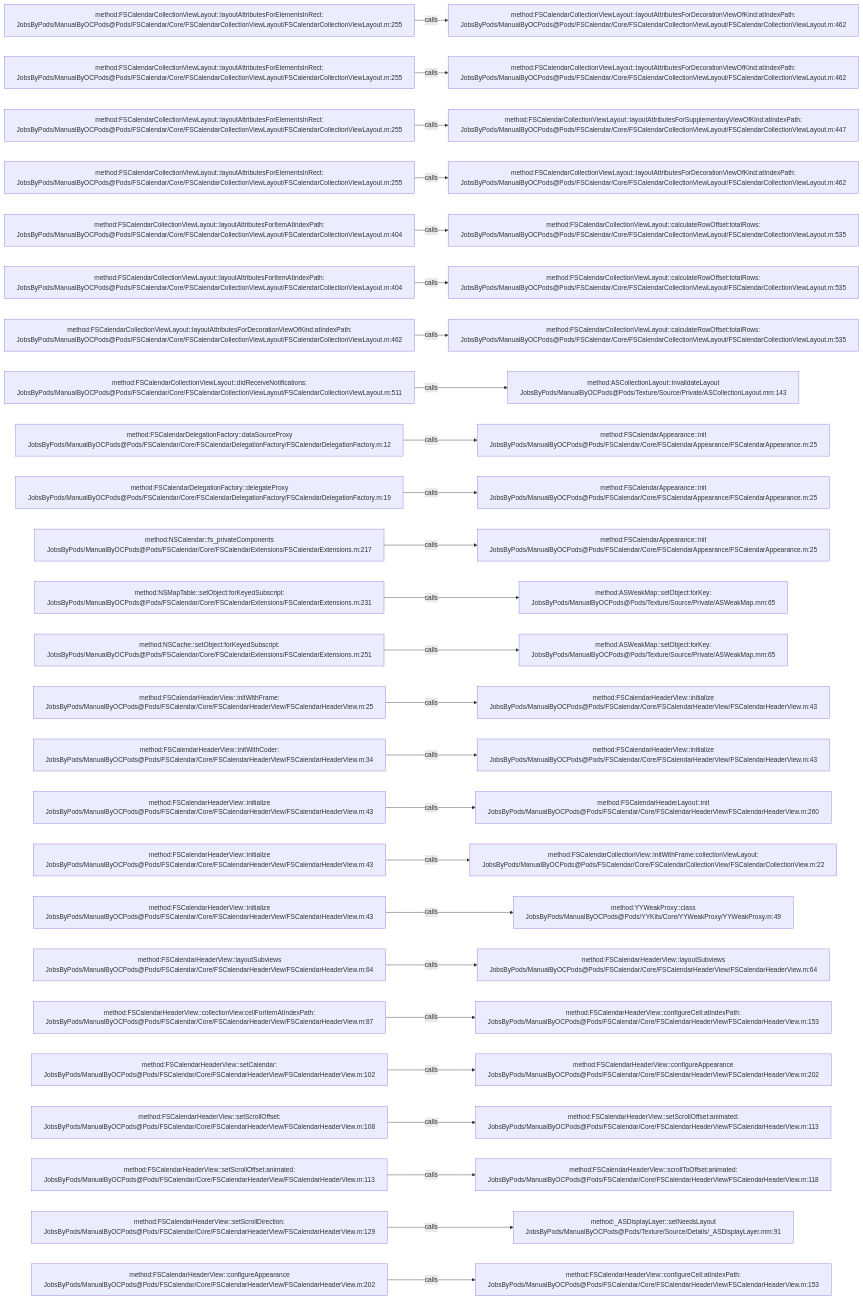
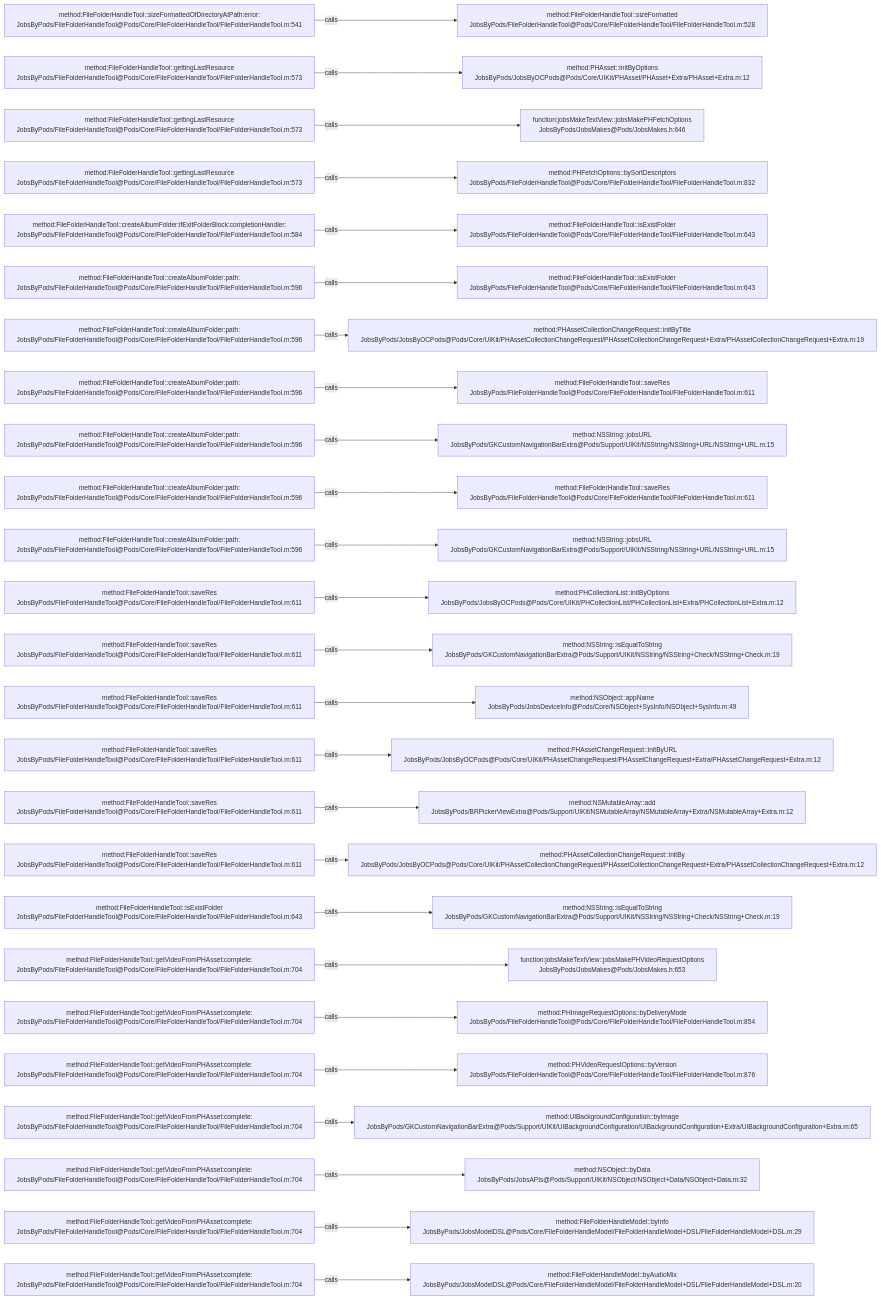
Before and after one commit to JobsKits/JobsOCBaseConfigDemo: the diagram in .codegraph/codegraph.md/graphs/calls-008.md, drawn with Mermaid. The commit also changed 768 other files, not shown here.

````diff
--- a/.codegraph/codegraph.md/graphs/calls-008.md
+++ b/.codegraph/codegraph.md/graphs/calls-008.md
@@ -13,78 +13,78 @@
 ```mermaid
 flowchart LR
-  S1["method:FSCalendarCollectionViewLayout::layoutAttributesForElementsInRect:<br/>JobsByPods/ManualByOCPods@Pods/FSCalendar/Core/FSCalendarCollectionViewLayout/FSCalendarCollectionViewLayout.m:255"]
-  T1["method:FSCalendarCollectionViewLayout::layoutAttributesForDecorationViewOfKind:atIndexPath:<br/>JobsByPods/ManualByOCPods@Pods/FSCalendar/Core/FSCalendarCollectionViewLayout/FSCalendarCollectionViewLayout.m:462"]
+  S1["method:FileFolderHandleTool::sizeFormattedOfDirectoryAtPath:error:<br/>JobsByPods/FileFolderHandleTool@Pods/Core/FileFolderHandleTool/FileFolderHandleTool.m:541"]
+  T1["method:FileFolderHandleTool::sizeFormatted<br/>JobsByPods/FileFolderHandleTool@Pods/Core/FileFolderHandleTool/FileFolderHandleTool.m:528"]
   S1 -->|calls| T1
-  S2["method:FSCalendarCollectionViewLayout::layoutAttributesForElementsInRect:<br/>JobsByPods/ManualByOCPods@Pods/FSCalendar/Core/FSCalendarCollectionViewLayout/FSCalendarCollectionViewLayout.m:255"]
-  T2["method:FSCalendarCollectionViewLayout::layoutAttributesForDecorationViewOfKind:atIndexPath:<br/>JobsByPods/ManualByOCPods@Pods/FSCalendar/Core/FSCalendarCollectionViewLayout/FSCalendarCollectionViewLayout.m:462"]
+  S2["method:FileFolderHandleTool::gettingLastResource<br/>JobsByPods/FileFolderHandleTool@Pods/Core/FileFolderHandleTool/FileFolderHandleTool.m:573"]
+  T2["method:PHAsset::initByOptions<br/>JobsByPods/JobsByOCPods@Pods/Core/UIKit/PHAsset/PHAsset+Extra/PHAsset+Extra.m:12"]
   S2 -->|calls| T2
-  S3["method:FSCalendarCollectionViewLayout::layoutAttributesForElementsInRect:<br/>JobsByPods/ManualByOCPods@Pods/FSCalendar/Core/FSCalendarCollectionViewLayout/FSCalendarCollectionViewLayout.m:255"]
-  T3["method:FSCalendarCollectionViewLayout::layoutAttributesForSupplementaryViewOfKind:atIndexPath:<br/>JobsByPods/ManualByOCPods@Pods/FSCalendar/Core/FSCalendarCollectionViewLayout/FSCalendarCollectionViewLayout.m:447"]
+  S3["method:FileFolderHandleTool::gettingLastResource<br/>JobsByPods/FileFolderHandleTool@Pods/Core/FileFolderHandleTool/FileFolderHandleTool.m:573"]
+  T3["function:jobsMakeTextView::jobsMakePHFetchOptions<br/>JobsByPods/JobsMakes@Pods/JobsMakes.h:646"]
   S3 -->|calls| T3
-  S4["method:FSCalendarCollectionViewLayout::layoutAttributesForElementsInRect:<br/>JobsByPods/ManualByOCPods@Pods/FSCalendar/Core/FSCalendarCollectionViewLayout/FSCalendarCollectionViewLayout.m:255"]
-  T4["method:FSCalendarCollectionViewLayout::layoutAttributesForDecorationViewOfKind:atIndexPath:<br/>JobsByPods/ManualByOCPods@Pods/FSCalendar/Core/FSCalendarCollectionViewLayout/FSCalendarCollectionViewLayout.m:462"]
+  S4["method:FileFolderHandleTool::gettingLastResource<br/>JobsByPods/FileFolderHandleTool@Pods/Core/FileFolderHandleTool/FileFolderHandleTool.m:573"]
+  T4["method:PHFetchOptions::bySortDescriptors<br/>JobsByPods/FileFolderHandleTool@Pods/Core/FileFolderHandleTool/FileFolderHandleTool.m:832"]
   S4 -->|calls| T4
-  S5["method:FSCalendarCollectionViewLayout::layoutAttributesForItemAtIndexPath:<br/>JobsByPods/ManualByOCPods@Pods/FSCalendar/Core/FSCalendarCollectionViewLayout/FSCalendarCollectionViewLayout.m:404"]
-  T5["method:FSCalendarCollectionViewLayout::calculateRowOffset:totalRows:<br/>JobsByPods/ManualByOCPods@Pods/FSCalendar/Core/FSCalendarCollectionViewLayout/FSCalendarCollectionViewLayout.m:535"]
+  S5["method:FileFolderHandleTool::createAlbumFolder:ifExitFolderBlock:completionHandler:<br/>JobsByPods/FileFolderHandleTool@Pods/Core/FileFolderHandleTool/FileFolderHandleTool.m:584"]
+  T5["method:FileFolderHandleTool::isExistFolder<br/>JobsByPods/FileFolderHandleTool@Pods/Core/FileFolderHandleTool/FileFolderHandleTool.m:643"]
   S5 -->|calls| T5
-  S6["method:FSCalendarCollectionViewLayout::layoutAttributesForItemAtIndexPath:<br/>JobsByPods/ManualByOCPods@Pods/FSCalendar/Core/FSCalendarCollectionViewLayout/FSCalendarCollectionViewLayout.m:404"]
-  T6["method:FSCalendarCollectionViewLayout::calculateRowOffset:totalRows:<br/>JobsByPods/ManualByOCPods@Pods/FSCalendar/Core/FSCalendarCollectionViewLayout/FSCalendarCollectionViewLayout.m:535"]
+  S6["method:FileFolderHandleTool::createAlbumFolder:path:<br/>JobsByPods/FileFolderHandleTool@Pods/Core/FileFolderHandleTool/FileFolderHandleTool.m:596"]
+  T6["method:FileFolderHandleTool::isExistFolder<br/>JobsByPods/FileFolderHandleTool@Pods/Core/FileFolderHandleTool/FileFolderHandleTool.m:643"]
   S6 -->|calls| T6
-  S7["method:FSCalendarCollectionViewLayout::layoutAttributesForDecorationViewOfKind:atIndexPath:<br/>JobsByPods/ManualByOCPods@Pods/FSCalendar/Core/FSCalendarCollectionViewLayout/FSCalendarCollectionViewLayout.m:462"]
-  T7["method:FSCalendarCollectionViewLayout::calculateRowOffset:totalRows:<br/>JobsByPods/ManualByOCPods@Pods/FSCalendar/Core/FSCalendarCollectionViewLayout/FSCalendarCollectionViewLayout.m:535"]
+  S7["method:FileFolderHandleTool::createAlbumFolder:path:<br/>JobsByPods/FileFolderHandleTool@Pods/Core/FileFolderHandleTool/FileFolderHandleTool.m:596"]
+  T7["method:PHAssetCollectionChangeRequest::initByTitle<br/>JobsByPods/JobsByOCPods@Pods/Core/UIKit/PHAssetCollectionChangeRequest/PHAssetCollectionChangeRequest+Extra/PHAssetCollectionChangeRequest+Extra.m:19"]
   S7 -->|calls| T7
-  S8["method:FSCalendarCollectionViewLayout::didReceiveNotifications:<br/>JobsByPods/ManualByOCPods@Pods/FSCalendar/Core/FSCalendarCollectionViewLayout/FSCalendarCollectionViewLayout.m:511"]
-  T8["method:ASCollectionLayout::invalidateLayout<br/>JobsByPods/ManualByOCPods@Pods/Texture/Source/Private/ASCollectionLayout.mm:143"]
+  S8["method:FileFolderHandleTool::createAlbumFolder:path:<br/>JobsByPods/FileFolderHandleTool@Pods/Core/FileFolderHandleTool/FileFolderHandleTool.m:596"]
+  T8["method:FileFolderHandleTool::saveRes<br/>JobsByPods/FileFolderHandleTool@Pods/Core/FileFolderHandleTool/FileFolderHandleTool.m:611"]
   S8 -->|calls| T8
-  S9["method:FSCalendarDelegationFactory::dataSourceProxy<br/>JobsByPods/ManualByOCPods@Pods/FSCalendar/Core/FSCalendarDelegationFactory/FSCalendarDelegationFactory.m:12"]
-  T9["method:FSCalendarAppearance::init<br/>JobsByPods/ManualByOCPods@Pods/FSCalendar/Core/FSCalendarAppearance/FSCalendarAppearance.m:25"]
+  S9["method:FileFolderHandleTool::createAlbumFolder:path:<br/>JobsByPods/FileFolderHandleTool@Pods/Core/FileFolderHandleTool/FileFolderHandleTool.m:596"]
+  T9["method:NSString::jobsURL<br/>JobsByPods/GKCustomNavigationBarExtra@Pods/Support/UIKit/NSString/NSString+URL/NSString+URL.m:15"]
   S9 -->|calls| T9
-  S10["method:FSCalendarDelegationFactory::delegateProxy<br/>JobsByPods/ManualByOCPods@Pods/FSCalendar/Core/FSCalendarDelegationFactory/FSCalendarDelegationFactory.m:19"]
-  T10["method:FSCalendarAppearance::init<br/>JobsByPods/ManualByOCPods@Pods/FSCalendar/Core/FSCalendarAppearance/FSCalendarAppearance.m:25"]
+  S10["method:FileFolderHandleTool::createAlbumFolder:path:<br/>JobsByPods/FileFolderHandleTool@Pods/Core/FileFolderHandleTool/FileFolderHandleTool.m:596"]
+  T10["method:FileFolderHandleTool::saveRes<br/>JobsByPods/FileFolderHandleTool@Pods/Core/FileFolderHandleTool/FileFolderHandleTool.m:611"]
   S10 -->|calls| T10
-  S11["method:NSCalendar::fs_privateComponents<br/>JobsByPods/ManualByOCPods@Pods/FSCalendar/Core/FSCalendarExtensions/FSCalendarExtensions.m:217"]
-  T11["method:FSCalendarAppearance::init<br/>JobsByPods/ManualByOCPods@Pods/FSCalendar/Core/FSCalendarAppearance/FSCalendarAppearance.m:25"]
+  S11["method:FileFolderHandleTool::createAlbumFolder:path:<br/>JobsByPods/FileFolderHandleTool@Pods/Core/FileFolderHandleTool/FileFolderHandleTool.m:596"]
+  T11["method:NSString::jobsURL<br/>JobsByPods/GKCustomNavigationBarExtra@Pods/Support/UIKit/NSString/NSString+URL/NSString+URL.m:15"]
   S11 -->|calls| T11
-  S12["method:NSMapTable::setObject:forKeyedSubscript:<br/>JobsByPods/ManualByOCPods@Pods/FSCalendar/Core/FSCalendarExtensions/FSCalendarExtensions.m:231"]
-  T12["method:ASWeakMap::setObject:forKey:<br/>JobsByPods/ManualByOCPods@Pods/Texture/Source/Private/ASWeakMap.mm:65"]
+  S12["method:FileFolderHandleTool::saveRes<br/>JobsByPods/FileFolderHandleTool@Pods/Core/FileFolderHandleTool/FileFolderHandleTool.m:611"]
+  T12["method:PHCollectionList::initByOptions<br/>JobsByPods/JobsByOCPods@Pods/Core/UIKit/PHCollectionList/PHCollectionList+Extra/PHCollectionList+Extra.m:12"]
   S12 -->|calls| T12
-  S13["method:NSCache::setObject:forKeyedSubscript:<br/>JobsByPods/ManualByOCPods@Pods/FSCalendar/Core/FSCalendarExtensions/FSCalendarExtensions.m:251"]
-  T13["method:ASWeakMap::setObject:forKey:<br/>JobsByPods/ManualByOCPods@Pods/Texture/Source/Private/ASWeakMap.mm:65"]
+  S13["method:FileFolderHandleTool::saveRes<br/>JobsByPods/FileFolderHandleTool@Pods/Core/FileFolderHandleTool/FileFolderHandleTool.m:611"]
+  T13["method:NSString::isEqualToString<br/>JobsByPods/GKCustomNavigationBarExtra@Pods/Support/UIKit/NSString/NSString+Check/NSString+Check.m:19"]
   S13 -->|calls| T13
-  S14["method:FSCalendarHeaderView::initWithFrame:<br/>JobsByPods/ManualByOCPods@Pods/FSCalendar/Core/FSCalendarHeaderView/FSCalendarHeaderView.m:25"]
-  T14["method:FSCalendarHeaderView::initialize<br/>JobsByPods/ManualByOCPods@Pods/FSCalendar/Core/FSCalendarHeaderView/FSCalendarHeaderView.m:43"]
+  S14["method:FileFolderHandleTool::saveRes<br/>JobsByPods/FileFolderHandleTool@Pods/Core/FileFolderHandleTool/FileFolderHandleTool.m:611"]
+  T14["method:NSObject::appName<br/>JobsByPods/JobsDeviceInfo@Pods/Core/NSObject+SysInfo/NSObject+SysInfo.m:49"]
   S14 -->|calls| T14
-  S15["method:FSCalendarHeaderView::initWithCoder:<br/>JobsByPods/ManualByOCPods@Pods/FSCalendar/Core/FSCalendarHeaderView/FSCalendarHeaderView.m:34"]
-  T15["method:FSCalendarHeaderView::initialize<br/>JobsByPods/ManualByOCPods@Pods/FSCalendar/Core/FSCalendarHeaderView/FSCalendarHeaderView.m:43"]
+  S15["method:FileFolderHandleTool::saveRes<br/>JobsByPods/FileFolderHandleTool@Pods/Core/FileFolderHandleTool/FileFolderHandleTool.m:611"]
+  T15["method:PHAssetChangeRequest::initByURL<br/>JobsByPods/JobsByOCPods@Pods/Core/UIKit/PHAssetChangeRequest/PHAssetChangeRequest+Extra/PHAssetChangeRequest+Extra.m:12"]
   S15 -->|calls| T15
-  S16["method:FSCalendarHeaderView::initialize<br/>JobsByPods/ManualByOCPods@Pods/FSCalendar/Core/FSCalendarHeaderView/FSCalendarHeaderView.m:43"]
-  T16["method:FSCalendarHeaderLayout::init<br/>JobsByPods/ManualByOCPods@Pods/FSCalendar/Core/FSCalendarHeaderView/FSCalendarHeaderView.m:260"]
+  S16["method:FileFolderHandleTool::saveRes<br/>JobsByPods/FileFolderHandleTool@Pods/Core/FileFolderHandleTool/FileFolderHandleTool.m:611"]
+  T16["method:NSMutableArray::add<br/>JobsByPods/BRPickerViewExtra@Pods/Support/UIKit/NSMutableArray/NSMutableArray+Extra/NSMutableArray+Extra.m:12"]
   S16 -->|calls| T16
-  S17["method:FSCalendarHeaderView::initialize<br/>JobsByPods/ManualByOCPods@Pods/FSCalendar/Core/FSCalendarHeaderView/FSCalendarHeaderView.m:43"]
-  T17["method:FSCalendarCollectionView::initWithFrame:collectionViewLayout:<br/>JobsByPods/ManualByOCPods@Pods/FSCalendar/Core/FSCalendarCollectionView/FSCalendarCollectionView.m:22"]
+  S17["method:FileFolderHandleTool::saveRes<br/>JobsByPods/FileFolderHandleTool@Pods/Core/FileFolderHandleTool/FileFolderHandleTool.m:611"]
+  T17["method:PHAssetCollectionChangeRequest::initBy<br/>JobsByPods/JobsByOCPods@Pods/Core/UIKit/PHAssetCollectionChangeRequest/PHAssetCollectionChangeRequest+Extra/PHAssetCollectionChangeRequest+Extra.m:12"]
   S17 -->|calls| T17
-  S18["method:FSCalendarHeaderView::initialize<br/>JobsByPods/ManualByOCPods@Pods/FSCalendar/Core/FSCalendarHeaderView/FSCalendarHeaderView.m:43"]
-  T18["method:YYWeakProxy::class<br/>JobsByPods/ManualByOCPods@Pods/YYKits/Core/YYWeakProxy/YYWeakProxy.m:49"]
+  S18["method:FileFolderHandleTool::isExistFolder<br/>JobsByPods/FileFolderHandleTool@Pods/Core/FileFolderHandleTool/FileFolderHandleTool.m:643"]
+  T18["method:NSString::isEqualToString<br/>JobsByPods/GKCustomNavigationBarExtra@Pods/Support/UIKit/NSString/NSString+Check/NSString+Check.m:19"]
   S18 -->|calls| T18
-  S19["method:FSCalendarHeaderView::layoutSubviews<br/>JobsByPods/ManualByOCPods@Pods/FSCalendar/Core/FSCalendarHeaderView/FSCalendarHeaderView.m:64"]
-  T19["method:FSCalendarHeaderView::layoutSubviews<br/>JobsByPods/ManualByOCPods@Pods/FSCalendar/Core/FSCalendarHeaderView/FSCalendarHeaderView.m:64"]
+  S19["method:FileFolderHandleTool::getVideoFromPHAsset:complete:<br/>JobsByPods/FileFolderHandleTool@Pods/Core/FileFolderHandleTool/FileFolderHandleTool.m:704"]
+  T19["function:jobsMakeTextView::jobsMakePHVideoRequestOptions<br/>JobsByPods/JobsMakes@Pods/JobsMakes.h:653"]
   S19 -->|calls| T19
-  S20["method:FSCalendarHeaderView::collectionView:cellForItemAtIndexPath:<br/>JobsByPods/ManualByOCPods@Pods/FSCalendar/Core/FSCalendarHeaderView/FSCalendarHeaderView.m:87"]
-  T20["method:FSCalendarHeaderView::configureCell:atIndexPath:<br/>JobsByPods/ManualByOCPods@Pods/FSCalendar/Core/FSCalendarHeaderView/FSCalendarHeaderView.m:153"]
+  S20["method:FileFolderHandleTool::getVideoFromPHAsset:complete:<br/>JobsByPods/FileFolderHandleTool@Pods/Core/FileFolderHandleTool/FileFolderHandleTool.m:704"]
+  T20["method:PHImageRequestOptions::byDeliveryMode<br/>JobsByPods/FileFolderHandleTool@Pods/Core/FileFolderHandleTool/FileFolderHandleTool.m:854"]
   S20 -->|calls| T20
-  S21["method:FSCalendarHeaderView::setCalendar:<br/>JobsByPods/ManualByOCPods@Pods/FSCalendar/Core/FSCalendarHeaderView/FSCalendarHeaderView.m:102"]
-  T21["method:FSCalendarHeaderView::configureAppearance<br/>JobsByPods/ManualByOCPods@Pods/FSCalendar/Core/FSCalendarHeaderView/FSCalendarHeaderView.m:202"]
+  S21["method:FileFolderHandleTool::getVideoFromPHAsset:complete:<br/>JobsByPods/FileFolderHandleTool@Pods/Core/FileFolderHandleTool/FileFolderHandleTool.m:704"]
+  T21["method:PHVideoRequestOptions::byVersion<br/>JobsByPods/FileFolderHandleTool@Pods/Core/FileFolderHandleTool/FileFolderHandleTool.m:876"]
   S21 -->|calls| T21
-  S22["method:FSCalendarHeaderView::setScrollOffset:<br/>JobsByPods/ManualByOCPods@Pods/FSCalendar/Core/FSCalendarHeaderView/FSCalendarHeaderView.m:108"]
-  T22["method:FSCalendarHeaderView::setScrollOffset:animated:<br/>JobsByPods/ManualByOCPods@Pods/FSCalendar/Core/FSCalendarHeaderView/FSCalendarHeaderView.m:113"]
+  S22["method:FileFolderHandleTool::getVideoFromPHAsset:complete:<br/>JobsByPods/FileFolderHandleTool@Pods/Core/FileFolderHandleTool/FileFolderHandleTool.m:704"]
+  T22["method:UIBackgroundConfiguration::byImage<br/>JobsByPods/GKCustomNavigationBarExtra@Pods/Support/UIKit/UIBackgroundConfiguration/UIBackgroundConfiguration+Extra/UIBackgroundConfiguration+Extra.m:65"]
   S22 -->|calls| T22
-  S23["method:FSCalendarHeaderView::setScrollOffset:animated:<br/>JobsByPods/ManualByOCPods@Pods/FSCalendar/Core/FSCalendarHeaderView/FSCalendarHeaderView.m:113"]
-  T23["method:FSCalendarHeaderView::scrollToOffset:animated:<br/>JobsByPods/ManualByOCPods@Pods/FSCalendar/Core/FSCalendarHeaderView/FSCalendarHeaderView.m:118"]
+  S23["method:FileFolderHandleTool::getVideoFromPHAsset:complete:<br/>JobsByPods/FileFolderHandleTool@Pods/Core/FileFolderHandleTool/FileFolderHandleTool.m:704"]
+  T23["method:NSObject::byData<br/>JobsByPods/JobsAPIs@Pods/Support/UIKit/NSObject/NSObject+Data/NSObject+Data.m:32"]
   S23 -->|calls| T23
-  S24["method:FSCalendarHeaderView::setScrollDirection:<br/>JobsByPods/ManualByOCPods@Pods/FSCalendar/Core/FSCalendarHeaderView/FSCalendarHeaderView.m:129"]
-  T24["method:_ASDisplayLayer::setNeedsLayout<br/>JobsByPods/ManualByOCPods@Pods/Texture/Source/Details/_ASDisplayLayer.mm:91"]
+  S24["method:FileFolderHandleTool::getVideoFromPHAsset:complete:<br/>JobsByPods/FileFolderHandleTool@Pods/Core/FileFolderHandleTool/FileFolderHandleTool.m:704"]
+  T24["method:FileFolderHandleModel::byInfo<br/>JobsByPods/JobsModelDSL@Pods/Core/FileFolderHandleModel/FileFolderHandleModel+DSL/FileFolderHandleModel+DSL.m:29"]
   S24 -->|calls| T24
-  S25["method:FSCalendarHeaderView::configureAppearance<br/>JobsByPods/ManualByOCPods@Pods/FSCalendar/Core/FSCalendarHeaderView/FSCalendarHeaderView.m:202"]
-  T25["method:FSCalendarHeaderView::configureCell:atIndexPath:<br/>JobsByPods/ManualByOCPods@Pods/FSCalendar/Core/FSCalendarHeaderView/FSCalendarHeaderView.m:153"]
+  S25["method:FileFolderHandleTool::getVideoFromPHAsset:complete:<br/>JobsByPods/FileFolderHandleTool@Pods/Core/FileFolderHandleTool/FileFolderHandleTool.m:704"]
+  T25["method:FileFolderHandleModel::byAudioMix<br/>JobsByPods/JobsModelDSL@Pods/Core/FileFolderHandleModel/FileFolderHandleModel+DSL/FileFolderHandleModel+DSL.m:20"]
   S25 -->|calls| T25
 ```
````
